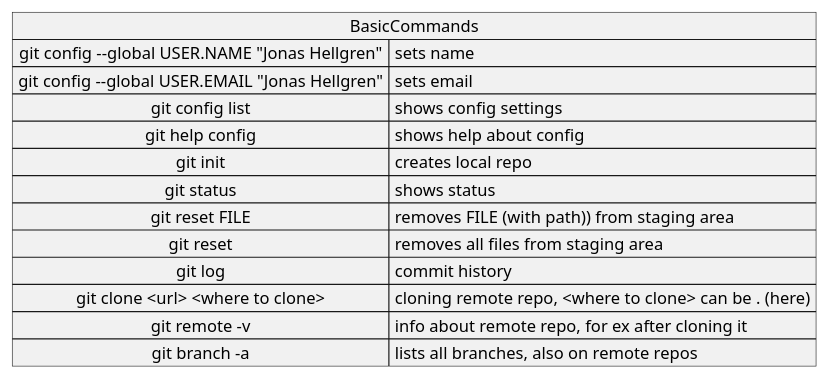
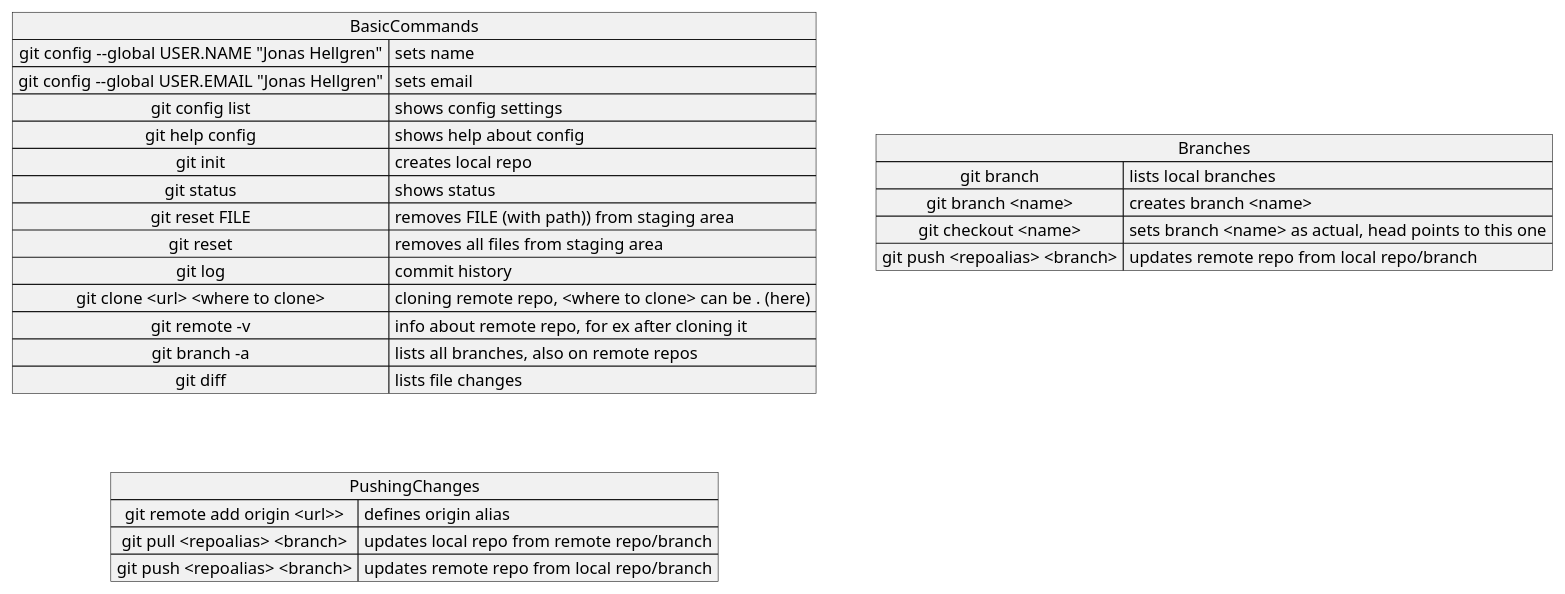
Before and after one commit to JonasHellgren/GitCommands: the diagram in src/documentation/GitCommands.puml, drawn with PlantUML. The commit also changed 1 other file, not shown here.

```diff
--- a/src/documentation/GitCommands.puml
+++ b/src/documentation/GitCommands.puml
@@ -1,20 +1,34 @@
 @startuml
 map BasicCommands {
  git config --global USER.NAME "Jonas Hellgren" => sets name
  git config --global USER.EMAIL "Jonas Hellgren" => sets email
  git config list => shows config settings
  git help config  => shows help about config
  git init  => creates local repo
  git status  => shows status
  git reset FILE  => removes FILE (with path)) from staging area
  git reset   => removes all files from staging area
  git log   => commit history
  git clone <url> <where to clone>  => cloning remote repo, <where to clone> can be . (here)
  git remote -v  => info about remote repo, for ex after cloning it
  git branch -a  => lists all branches, also on remote repos
+ git diff  => lists file changes
 }
 
-BasicCommands --[hidden]> BasicCommands
+map PushingChanges {
+ git remote add origin <url>>  => defines origin alias
+ git pull <repoalias> <branch>  => updates local repo from remote repo/branch
+ git push <repoalias> <branch>  => updates remote repo from local repo/branch
+}
+
+map Branches {
+git branch => lists local branches
+ git branch <name>  => creates branch <name>
+ git checkout <name>  => sets branch <name> as actual, head points to this one
+ git push <repoalias> <branch>  => updates remote repo from local repo/branch
+}
+
+BasicCommands --[hidden]> PushingChanges
 
 
 @enduml
```
